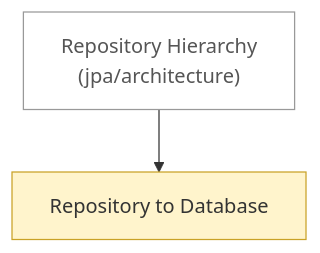
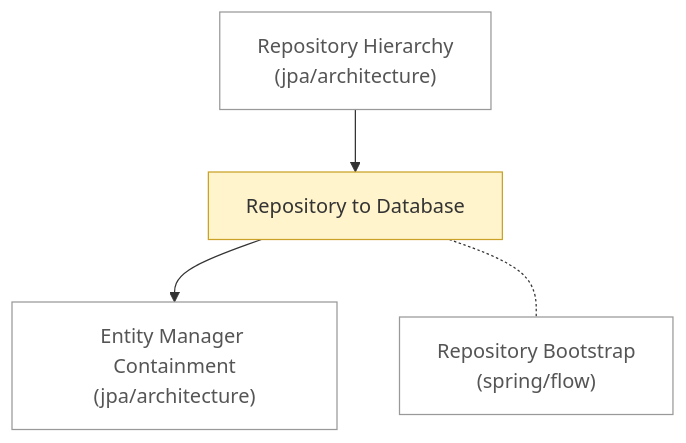
One commit to Pizza-Mozzarella/self-learning changed the diagram in notes/backend/architecture/README.md. Above: the diagram before and after it, drawn with Mermaid. The commit also changed other lines of this file and 44 other files, not shown here.

````diff
--- a/notes/backend/architecture/README.md
+++ b/notes/backend/architecture/README.md
@@ -6,10 +6,14 @@
 ```mermaid
 flowchart TD
     n0["Repository to Database"]:::draft
-    n1["Repository Hierarchy<br/>(jpa/architecture)"]:::ext
-    n1 --> n0
+    n1["Entity Manager Containment<br/>(jpa/architecture)"]:::ext
+    n2["Repository Hierarchy<br/>(jpa/architecture)"]:::ext
+    n3["Repository Bootstrap<br/>(spring/flow)"]:::ext
+    n0 --> n1
+    n0 -.- n3
+    n2 --> n0
     classDef stub fill:#eeeeee,stroke:#999999,stroke-dasharray:4 3,color:#555555
     classDef draft fill:#fff4cc,stroke:#c9a227,color:#333333
     classDef ok fill:#d8f0dc,stroke:#3a9d5d,color:#222222
     classDef ext fill:#ffffff,stroke:#999999,color:#555555
 ```
````
